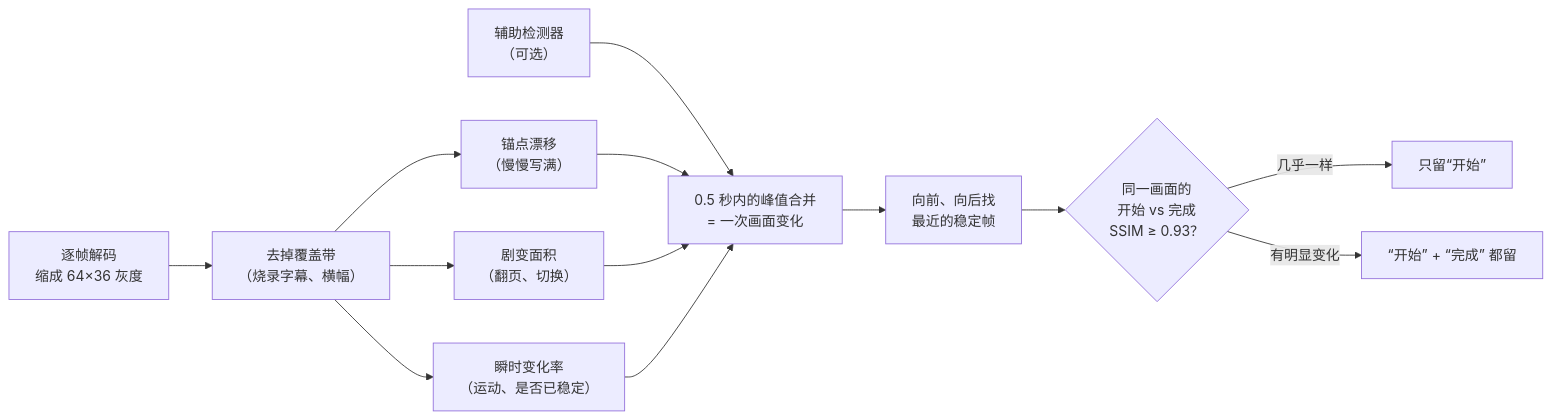
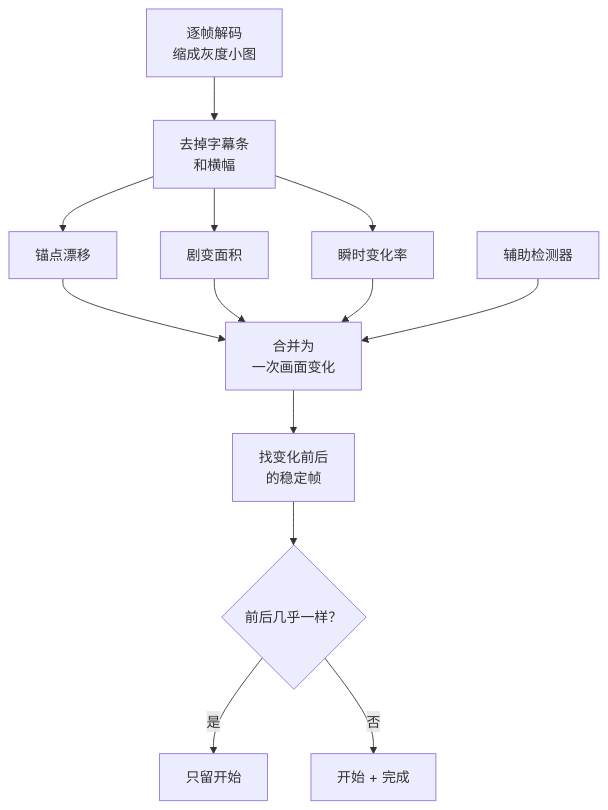
Before and after one commit to songyang8964/video-notes: the fifth of 7 diagrams in README.md, drawn with Mermaid. The commit also changed other lines of this file and 2 other files, not shown here.

Commit message:
README: usage first, short diagram labels, timeline as a table

````diff
--- a/README.md
+++ b/README.md
@@ -143,13 +366,13 @@
 ```mermaid
-flowchart LR
-    F["逐帧解码<br/>缩成 64×36 灰度"] --> B["去掉覆盖带<br/>（烧录字幕、横幅）"]
-    B --> S1["锚点漂移<br/>（慢慢写满）"]
-    B --> S2["剧变面积<br/>（翻页、切换）"]
-    B --> S3["瞬时变化率<br/>（运动、是否已稳定）"]
-    AD["辅助检测器<br/>（可选）"] --> M
-    S1 & S2 & S3 --> M["0.5 秒内的峰值合并<br/>= 一次画面变化"]
-    M --> E["向前、向后找<br/>最近的稳定帧"]
-    E --> K{"同一画面的<br/>开始 vs 完成<br/>SSIM ≥ 0.93？"}
-    K -- 几乎一样 --> ONE["只留“开始”"]
-    K -- 有明显变化 --> TWO["“开始” + “完成” 都留"]
+flowchart TD
+    F["逐帧解码<br/>缩成灰度小图"] --> B["去掉字幕条<br/>和横幅"]
+    B --> S1["锚点漂移"]
+    B --> S2["剧变面积"]
+    B --> S3["瞬时变化率"]
+    S1 & S2 & S3 --> M["合并为<br/>一次画面变化"]
+    AD["辅助检测器"] --> M
+    M --> E["找变化前后<br/>的稳定帧"]
+    E --> K{"前后几乎一样？"}
+    K -- 是 --> ONE["只留开始"]
+    K -- 否 --> TWO["开始 + 完成"]
 ```
````
